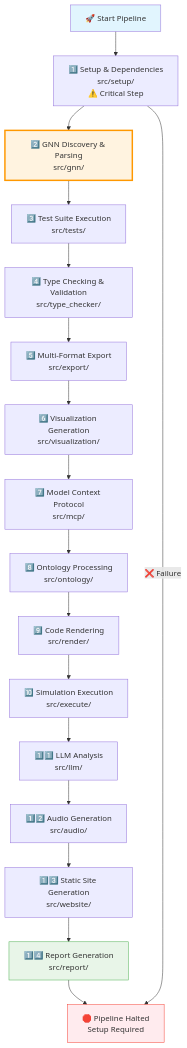
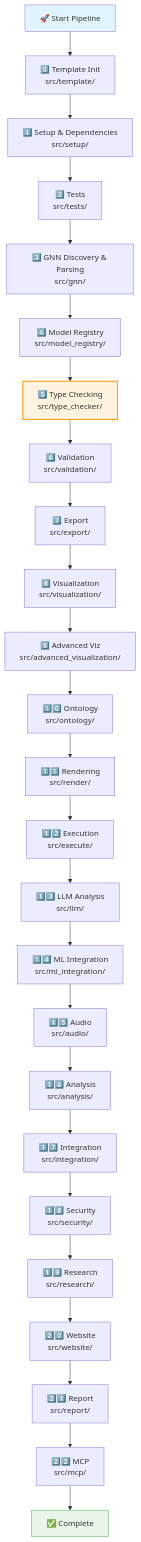
One commit to ActiveInferenceInstitute/GeneralizedNotationNotation changed the third of 4 diagrams in README.md. Above: the diagram before and after it, drawn with Mermaid. The commit also changed other lines of this file and 76 other files, not shown here.

````diff
--- a/README.md
+++ b/README.md
@@ -261,25 +230,31 @@
 ```mermaid
 flowchart TD
-    A["🚀 Start Pipeline"] --> B["1️⃣ Setup & Dependencies<br/>src/setup/<br/>⚠️ Critical Step"]
-    B --> C["2️⃣ GNN Discovery & Parsing<br/>src/gnn/"]
-    C --> D["3️⃣ Test Suite Execution<br/>src/tests/"]
-    D --> E["4️⃣ Type Checking & Validation<br/>src/type_checker/"]
-    E --> F["5️⃣ Multi-Format Export<br/>src/export/"]
-    F --> G["6️⃣ Visualization Generation<br/>src/visualization/"]
-    G --> H["7️⃣ Model Context Protocol<br/>src/mcp/"]
-    H --> I["8️⃣ Ontology Processing<br/>src/ontology/"]
-    I --> J["9️⃣ Code Rendering<br/>src/render/"]
-    J --> K["🔟 Simulation Execution<br/>src/execute/"]
-    K --> L["1️⃣1️⃣ LLM Analysis<br/>src/llm/"]
-    L --> M["1️⃣2️⃣ Audio Generation<br/>src/audio/"]
-    M --> N["1️⃣3️⃣ Static Site Generation<br/>src/website/"]
-    N --> O["1️⃣4️⃣ Report Generation<br/>src/report/"]
-    O --> P["✅ Pipeline Complete<br/>📊 Comprehensive Analysis Generated"]
-    
-    B -->|❌ Failure| P["🛑 Pipeline Halted<br/>Setup Required"]
-    
+    A["🚀 Start Pipeline"] --> B["0️⃣ Template Init<br/>src/template/"]
+    B --> C["1️⃣ Setup & Dependencies<br/>src/setup/"]
+    C --> D["2️⃣ Tests<br/>src/tests/"]
+    D --> E["3️⃣ GNN Discovery & Parsing<br/>src/gnn/"]
+    E --> F["4️⃣ Model Registry<br/>src/model_registry/"]
+    F --> G["5️⃣ Type Checking<br/>src/type_checker/"]
+    G --> H["6️⃣ Validation<br/>src/validation/"]
+    H --> I["7️⃣ Export<br/>src/export/"]
+    I --> J["8️⃣ Visualization<br/>src/visualization/"]
+    J --> K["9️⃣ Advanced Viz<br/>src/advanced_visualization/"]
+    K --> L["1️⃣0️⃣ Ontology<br/>src/ontology/"]
+    L --> M["1️⃣1️⃣ Rendering<br/>src/render/"]
+    M --> N["1️⃣2️⃣ Execution<br/>src/execute/"]
+    N --> O["1️⃣3️⃣ LLM Analysis<br/>src/llm/"]
+    O --> P["1️⃣4️⃣ ML Integration<br/>src/ml_integration/"]
+    P --> Q["1️⃣5️⃣ Audio<br/>src/audio/"]
+    Q --> R["1️⃣6️⃣ Analysis<br/>src/analysis/"]
+    R --> S["1️⃣7️⃣ Integration<br/>src/integration/"]
+    S --> T["1️⃣8️⃣ Security<br/>src/security/"]
+    T --> U["1️⃣9️⃣ Research<br/>src/research/"]
+    U --> V["2️⃣0️⃣ Website<br/>src/website/"]
+    V --> W["2️⃣1️⃣ Report<br/>src/report/"]
+    W --> X["2️⃣2️⃣ MCP<br/>src/mcp/"]
+    X --> Y["✅ Complete"]
+
     style A fill:#e1f5fe
-    style C fill:#fff3e0,stroke:#ff9800,stroke-width:3px
-    style P fill:#ffebee,stroke:#f44336
-    style O fill:#e8f5e8,stroke:#4caf50
+    style G fill:#fff3e0,stroke:#ff9800,stroke-width:2px
+    style Y fill:#e8f5e8,stroke:#4caf50
 ```
````
